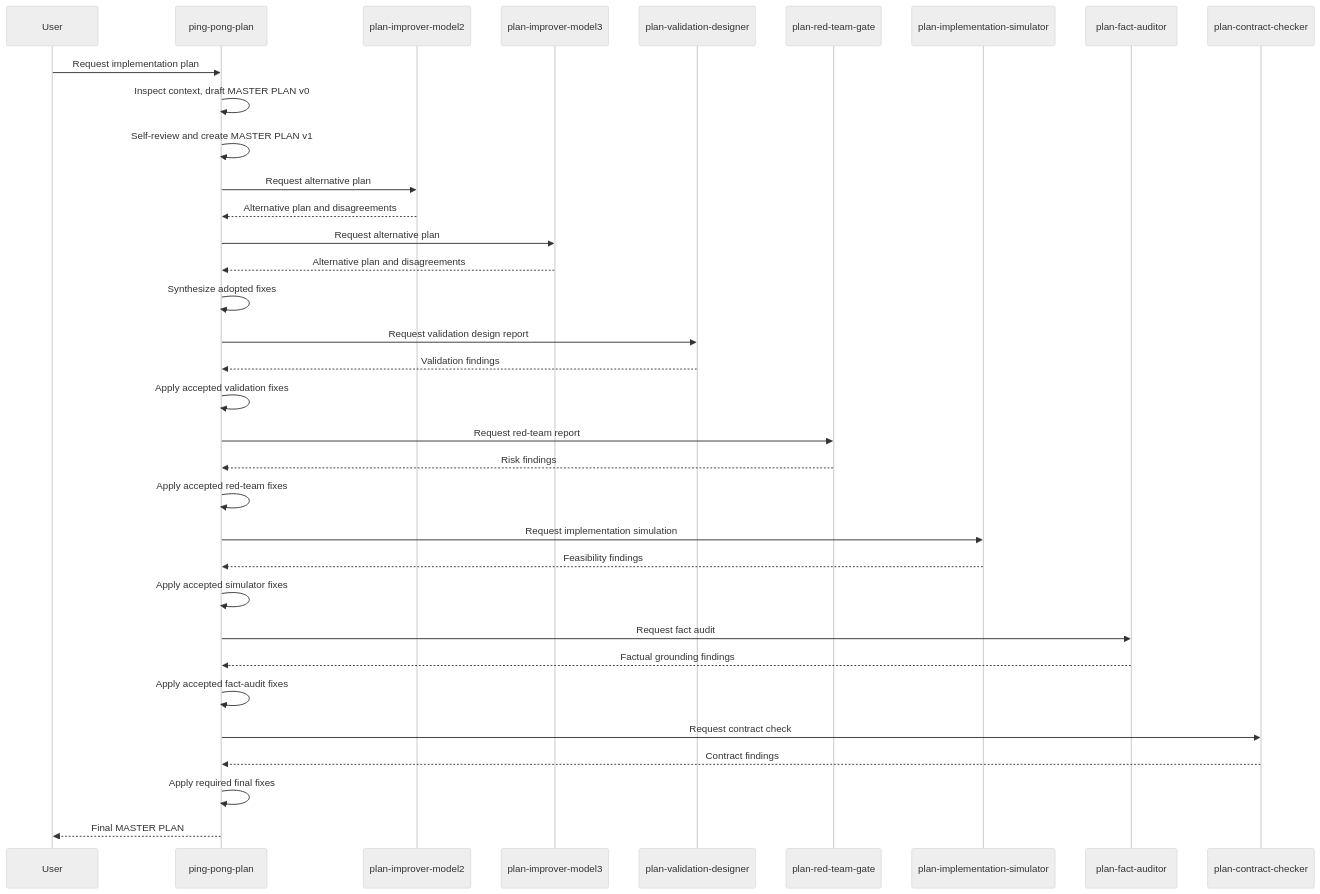
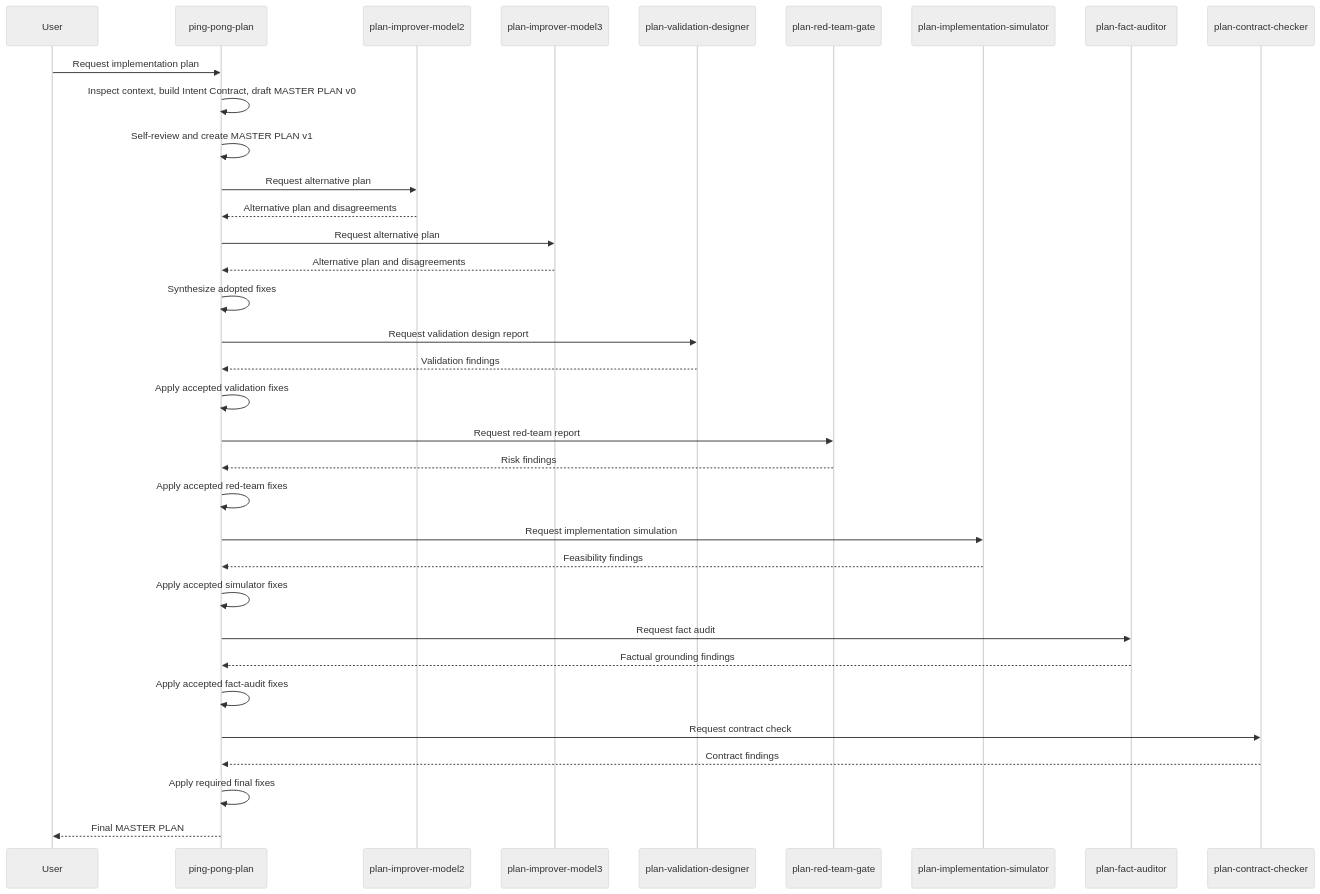
The diagram in .opencode/PING_PONG_PLAN_FLOW.md (Hugloss/agentsCookbook), drawn with Mermaid (neutral theme) before and after one commit. The commit also changed other lines of this file and 8 other files, not shown here.

````diff
--- a/.opencode/PING_PONG_PLAN_FLOW.md
+++ b/.opencode/PING_PONG_PLAN_FLOW.md
@@ -58,37 +61,37 @@
 ```mermaid
 sequenceDiagram
     participant U as User
     participant M1 as ping-pong-plan
     participant M2 as plan-improver-model2
     participant M3 as plan-improver-model3
     participant VD as plan-validation-designer
     participant RT as plan-red-team-gate
     participant IS as plan-implementation-simulator
     participant FA as plan-fact-auditor
     participant CC as plan-contract-checker
 
     U->>M1: Request implementation plan
-    M1->>M1: Inspect context, draft MASTER PLAN v0
+    M1->>M1: Inspect context, build Intent Contract, draft MASTER PLAN v0
     M1->>M1: Self-review and create MASTER PLAN v1
     M1->>M2: Request alternative plan
     M2-->>M1: Alternative plan and disagreements
     M1->>M3: Request alternative plan
     M3-->>M1: Alternative plan and disagreements
     M1->>M1: Synthesize adopted fixes
     M1->>VD: Request validation design report
     VD-->>M1: Validation findings
     M1->>M1: Apply accepted validation fixes
     M1->>RT: Request red-team report
     RT-->>M1: Risk findings
     M1->>M1: Apply accepted red-team fixes
     M1->>IS: Request implementation simulation
     IS-->>M1: Feasibility findings
     M1->>M1: Apply accepted simulator fixes
     M1->>FA: Request fact audit
     FA-->>M1: Factual grounding findings
     M1->>M1: Apply accepted fact-audit fixes
     M1->>CC: Request contract check
     CC-->>M1: Contract findings
     M1->>M1: Apply required final fixes
     M1-->>U: Final MASTER PLAN
 ```
````
